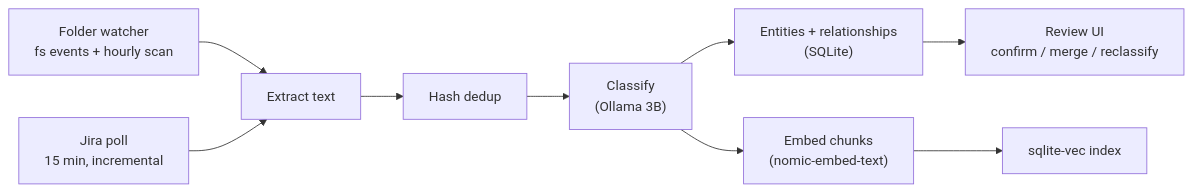
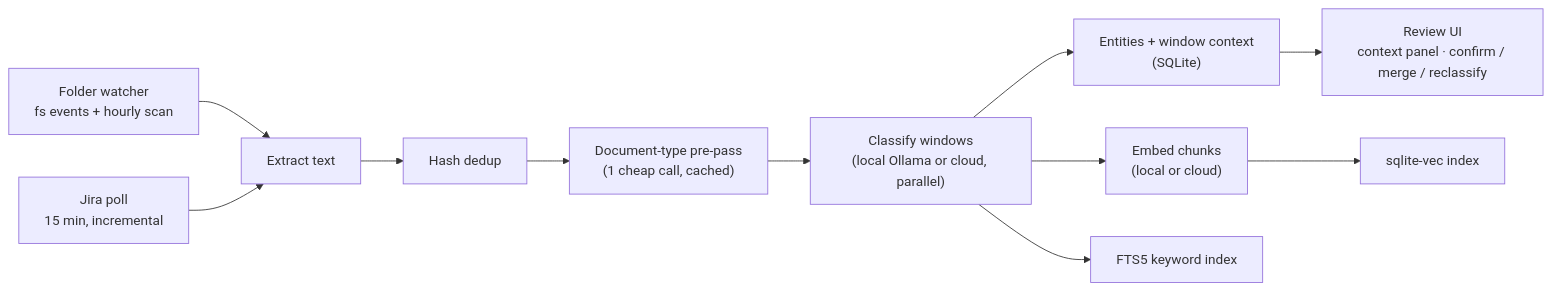
One commit to Atsirkunov/anchorcore changed the second of 4 diagrams in docs/architecture.md. Above: the diagram before and after it, drawn with Mermaid. The commit also changed other lines of this file and 1 other file, not shown here.

Commit message:
Docs: sync README + architecture with current stack (document-aware classification, FTS5 hybrid, runtime settings, jobs/cancel, follow-ups, packaged builds)

````diff
--- a/docs/architecture.md
+++ b/docs/architecture.md
@@ -44,11 +48,13 @@
 ```mermaid
 flowchart LR
     watcher["Folder watcher<br/>fs events + hourly scan"] --> extract["Extract text"]
     jira["Jira poll<br/>15 min, incremental"] --> extract
     extract --> hash["Hash dedup"]
-    hash --> classify["Classify<br/>(Ollama 3B)"]
-    classify --> entities["Entities + relationships<br/>(SQLite)"]
-    classify --> embed["Embed chunks<br/>(nomic-embed-text)"]
+    hash --> type["Document-type pre-pass<br/>(1 cheap call, cached)"]
+    type --> classify["Classify windows<br/>(local Ollama or cloud, parallel)"]
+    classify --> entities["Entities + window context<br/>(SQLite)"]
+    classify --> embed["Embed chunks<br/>(local or cloud)"]
     embed --> vec["sqlite-vec index"]
-    entities --> review["Review UI<br/>confirm / merge / reclassify"]
+    classify --> fts["FTS5 keyword index"]
+    entities --> review["Review UI<br/>context panel · confirm / merge / reclassify"]
 ```
````
